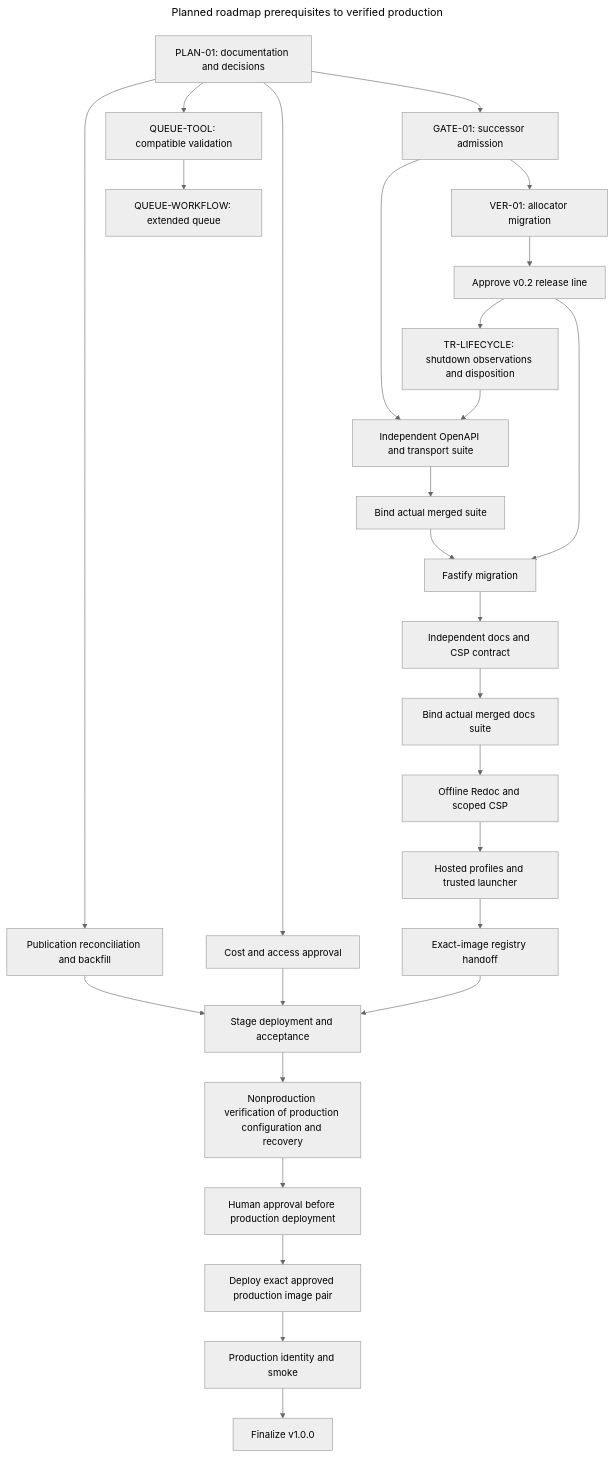
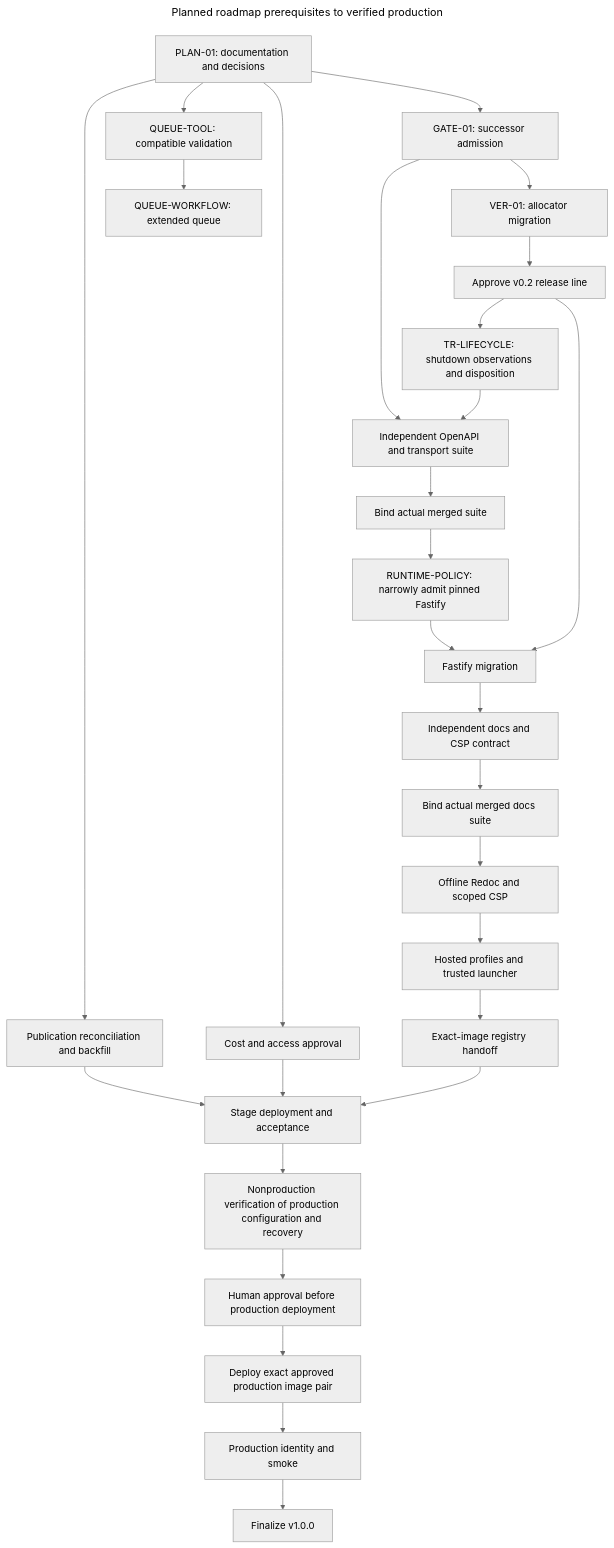
Before and after one commit to brobro10000/mp3-frame-counter: the diagram in docs/roadmap/diagrams/dependencies.mmd, drawn with Mermaid (neutral theme). The commit also changed 9 other files, not shown here.

```diff
--- a/docs/roadmap/diagrams/dependencies.mmd
+++ b/docs/roadmap/diagrams/dependencies.mmd
@@ -1,39 +1,40 @@
 ---
 title: Planned roadmap prerequisites to verified production
 query: >-
   Show the adopted planning order, not implemented automation. Acceptance-gate migration precedes independent
   successor suites and actual merge binding. Version allocation precedes release-line activation. Transport and
-  docs successors are separate. Verified line activation and truthful lifecycle observations precede transport
-  authoring. Conditional queue-tooling support precedes live queue syntax and is not a hosting prerequisite because
+  docs successors are separate. A narrow governance-only dependency policy precedes runtime installation. Verified
+  line activation and truthful lifecycle observations precede transport authoring. Conditional queue-tooling support precedes live queue syntax and is not a hosting prerequisite because
   reconciliation is the selected fallback. Stage and production evidence precede v1.0.0.
 references:
   - 'File: /docs/roadmap/README.md'
   - 'File: /docs/phases/next-iteration.md'
 ---
 flowchart TD
     PLAN["PLAN-01: documentation and decisions"] --> GATE["GATE-01: successor admission"]
     GATE --> VER["VER-01: allocator migration"]
     VER --> LINE["Approve v0.2 release line"]
     LINE --> LIFECYCLE["TR-LIFECYCLE: shutdown observations and disposition"]
     LIFECYCLE --> TRANSPORT["Independent OpenAPI and transport suite"]
     GATE --> TRANSPORT
     TRANSPORT --> TBIND["Bind actual merged suite"]
     LINE --> FASTIFY["Fastify migration"]
-    TBIND --> FASTIFY
+    TBIND --> RUNTIME["RUNTIME-POLICY: narrowly admit pinned Fastify"]
+    RUNTIME --> FASTIFY
     FASTIFY --> DOCS["Independent docs and CSP contract"]
     DOCS --> DBIND["Bind actual merged docs suite"]
     DBIND --> REDOC["Offline Redoc and scoped CSP"]
     REDOC --> HOSTTEST["Hosted profiles and trusted launcher"]
     HOSTTEST --> REGISTRY["Exact-image registry handoff"]
     PLAN --> COST["Cost and access approval"]
     REGISTRY --> STAGE["Stage deployment and acceptance"]
     COST --> STAGE
     STAGE --> CANDIDATE["Nonproduction verification of production configuration and recovery"]
     CANDIDATE --> LAUNCH["Human approval before production deployment"]
     LAUNCH --> DEPLOY["Deploy exact approved production image pair"]
     DEPLOY --> SMOKE["Production identity and smoke"]
     SMOKE --> V1["Finalize v1.0.0"]
     PLAN --> RECON["Publication reconciliation and backfill"]
     RECON --> STAGE
     PLAN --> TOOL["QUEUE-TOOL: compatible validation"]
     TOOL --> QUEUE["QUEUE-WORKFLOW: extended queue"]
```
